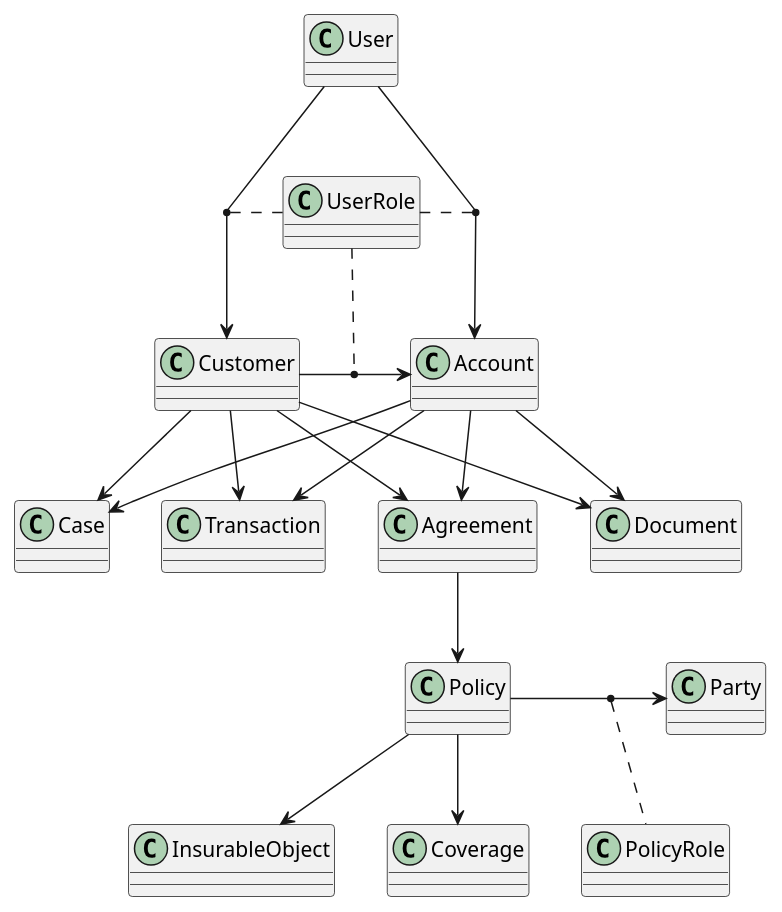
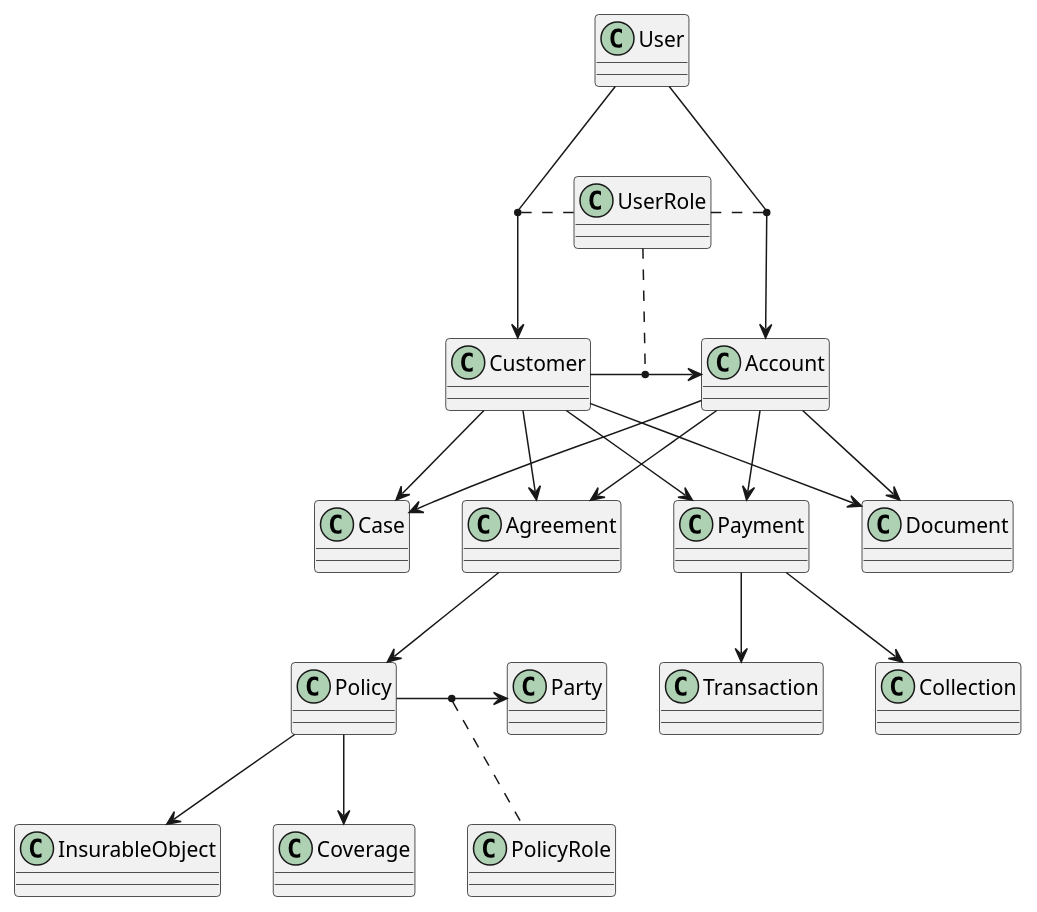
One commit to nubes-dk/developer-bak changed the diagram in customer.puml. Above: the diagram before and after it, drawn with PlantUML.

```diff
--- a/customer.puml
+++ b/customer.puml
@@ -1,30 +1,32 @@
 @startuml
 User  --> Customer
 Customer --> Agreement
 Customer  --> Document
 Customer  --> Case
-Customer  --> Transaction
+Customer  --> Payment
 
 
 User  --> Account
 Account  --> Document
 Account  --> Case
-Account  --> Transaction
+Account  --> Payment
 Account --> Agreement
 
 Customer -> Account
 
 (User,Customer).. UserRole
 UserRole .. (User,Account)
 UserRole .. (Customer,Account)
 
+Payment --> Collection
+Payment --> Transaction
 
 Agreement --> Policy
 Policy -> Party
 Policy --> Coverage
 Policy --> InsurableObject
 
 (Policy,Party) .. PolicyRole
 
 
 @enduml
```
